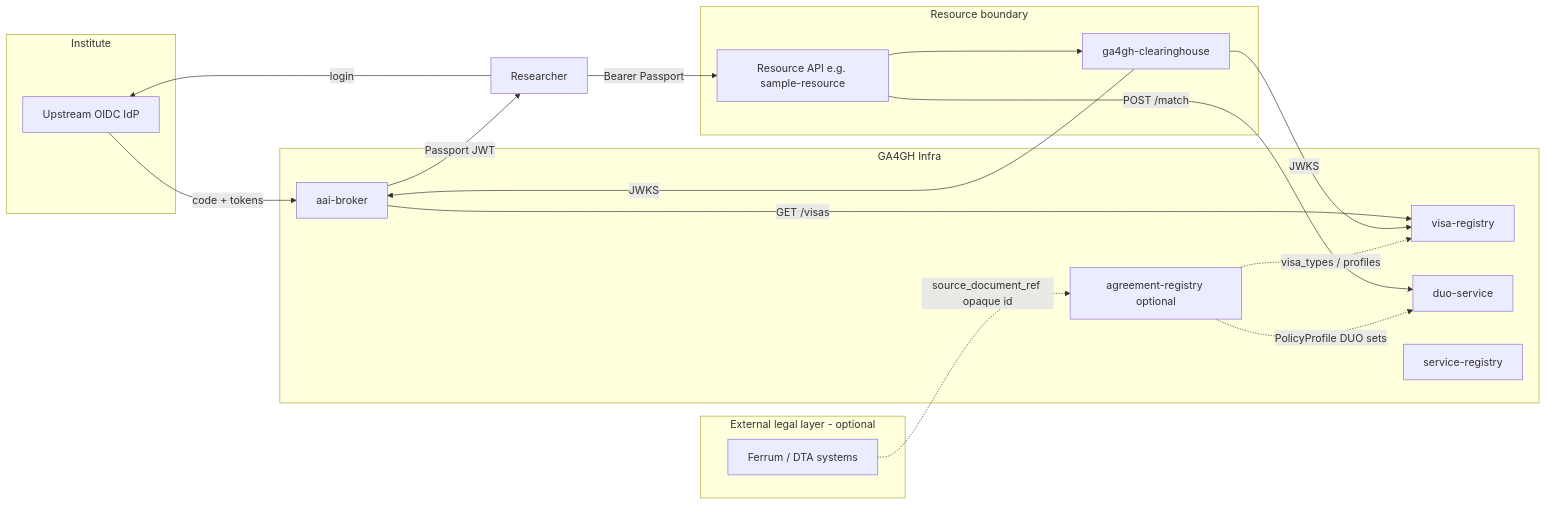
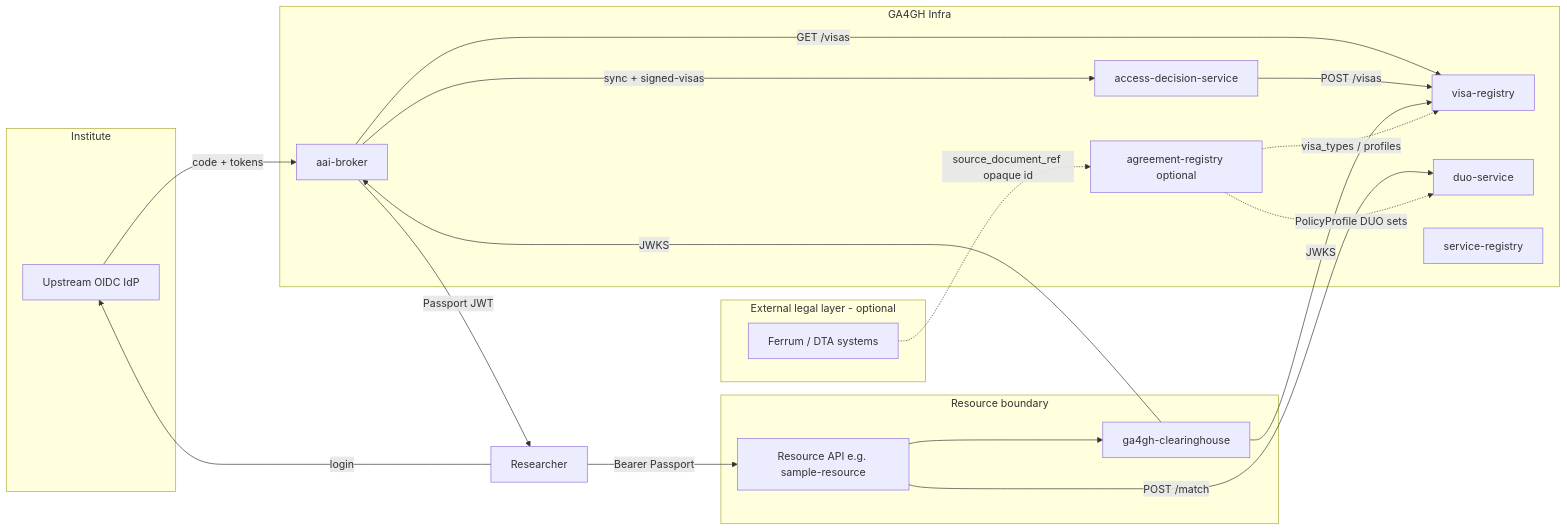
The diagram in docs/architecture.md (SynapticFour/ga4gh-infra), drawn with Mermaid before and after one commit. The commit also changed other lines of this file and 70 other files, not shown here.

First line of the commit message:
Add GA4GH Access Decision Service with broker, Docker, and CI integration.

````diff
--- a/docs/architecture.md
+++ b/docs/architecture.md
@@ -15,36 +15,39 @@
 ```mermaid
 flowchart LR
   subgraph upstream [Institute]
     IdP[Upstream OIDC IdP]
   end
 
   subgraph legal [External legal layer - optional]
     Ferrum[Ferrum / DTA systems]
   end
 
   subgraph ga4gh [GA4GH Infra]
     Broker[aai-broker]
     Visas[visa-registry]
+    ADS[access-decision-service]
     DUO[duo-service]
     SvcReg[service-registry]
     AgrReg[agreement-registry optional]
   end
 
   subgraph resource [Resource boundary]
     CH[ga4gh-clearinghouse]
     API[Resource API e.g. sample-resource]
   end
 
   Researcher -->|login| IdP
   IdP -->|code + tokens| Broker
   Broker -->|GET /visas| Visas
+  Broker -->|sync + signed-visas| ADS
+  ADS -->|POST /visas| Visas
   Broker -->|Passport JWT| Researcher
   Researcher -->|Bearer Passport| API
   API --> CH
   CH -->|JWKS| Broker
   CH -->|JWKS| Visas
   API -->|POST /match| DUO
   Ferrum -.->|source_document_ref opaque id| AgrReg
   AgrReg -.->|PolicyProfile DUO sets| DUO
   AgrReg -.->|visa_types / profiles| Visas
 ```
````
